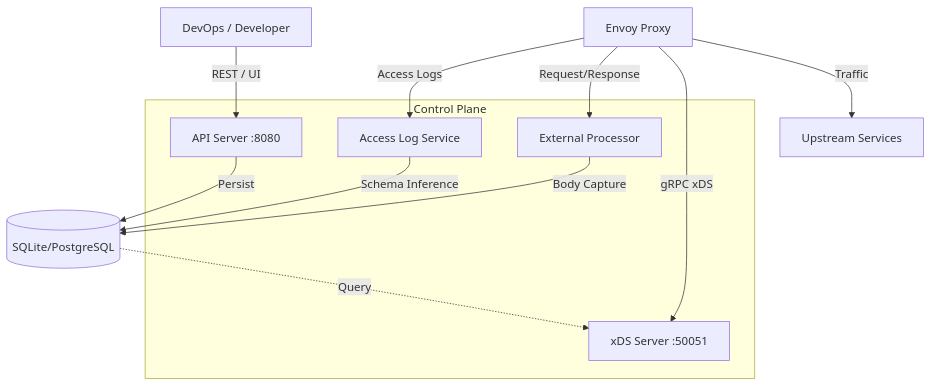
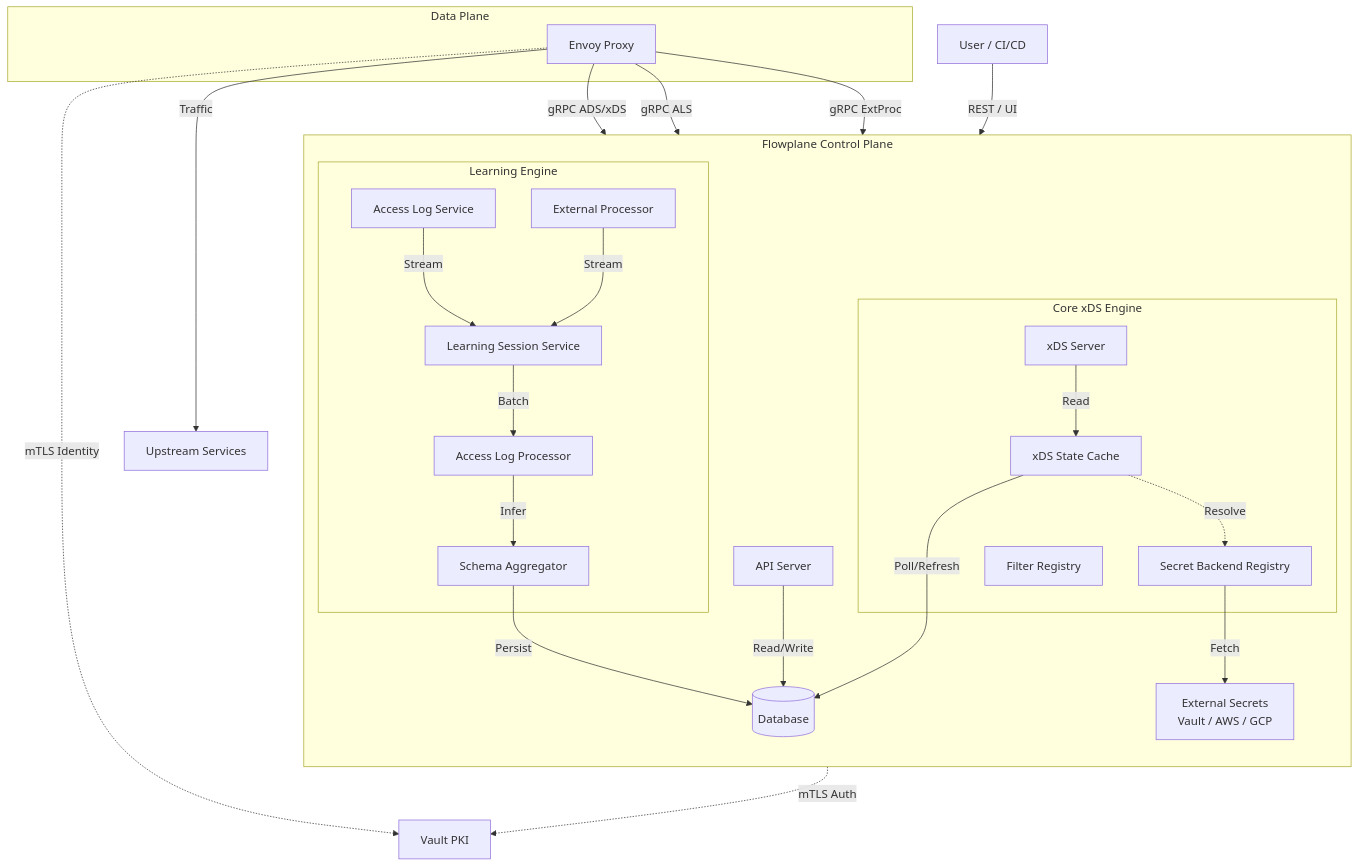
The diagram in README.md (rajeevramani/flowplane), drawn with Mermaid before and after one commit.

````diff
--- a/README.md
+++ b/README.md
@@ -239,21 +239,62 @@
 ```mermaid
 graph TD
-    Client[DevOps / Developer] -->|REST / UI| API[API Server :8080]
-    API -->|Persist| DB[(SQLite/PostgreSQL)]
-    DB -.->|Query| XDS[xDS Server :50051]
+    User[User / CI/CD] -->|REST / UI| API[API Server]
 
-    subgraph Control Plane
+    subgraph "Flowplane Control Plane"
+        direction TB
+
         API
-        XDS
-        ALS[Access Log Service]
-        ExtProc[External Processor]
+
+        subgraph "Core xDS Engine"
+            XDS[xDS Server]
+            State[xDS State Cache]
+            SecretReg[Secret Backend Registry]
+            FilterReg[Filter Registry]
+        end
+
+        subgraph "Learning Engine"
+            ALS[Access Log Service]
+            ExtProc[External Processor]
+            Worker[Access Log Processor]
+            SchemaAgg[Schema Aggregator]
+            SessionMgr[Learning Session Service]
+        end
+
+        API -->|Read/Write| DB[(Database)]
+
+        %% State Sync Flow
+        State -->|Poll/Refresh| DB
+        XDS -->|Read| State
+
+        %% Secret Flow
+        SecretReg -->|Fetch| ExtSecrets
+        State -.->|Resolve| SecretReg
+
+        %% Learning Flow
+        ALS -->|Stream| SessionMgr
+        ExtProc -->|Stream| SessionMgr
+        SessionMgr -->|Batch| Worker
+        Worker -->|Infer| SchemaAgg
+        SchemaAgg -->|Persist| DB
     end
 
-    Envoy[Envoy Proxy] -->|gRPC xDS| XDS
-    Envoy -->|Access Logs| ALS
-    Envoy -->|Request/Response| ExtProc
-    ALS -->|Schema Inference| DB
-    ExtProc -->|Body Capture| DB
+    subgraph "Data Plane"
+        Envoy[Envoy Proxy]
+    end
 
+    %% External Dependencies
+    ExtSecrets[External Secrets\n Vault / AWS / GCP]
+    PKI[Vault PKI]
+
+    %% Flows
+    Envoy -->|gRPC ADS/xDS| XDS
+    Envoy -->|gRPC ALS| ALS
+    Envoy -->|gRPC ExtProc| ExtProc
+
+    %% Security
+    XDS -.->|mTLS Auth| PKI
+    Envoy -.->|mTLS Identity| PKI
+
+    %% Traffic
     Envoy -->|Traffic| Upstream[Upstream Services]
 ```
````
